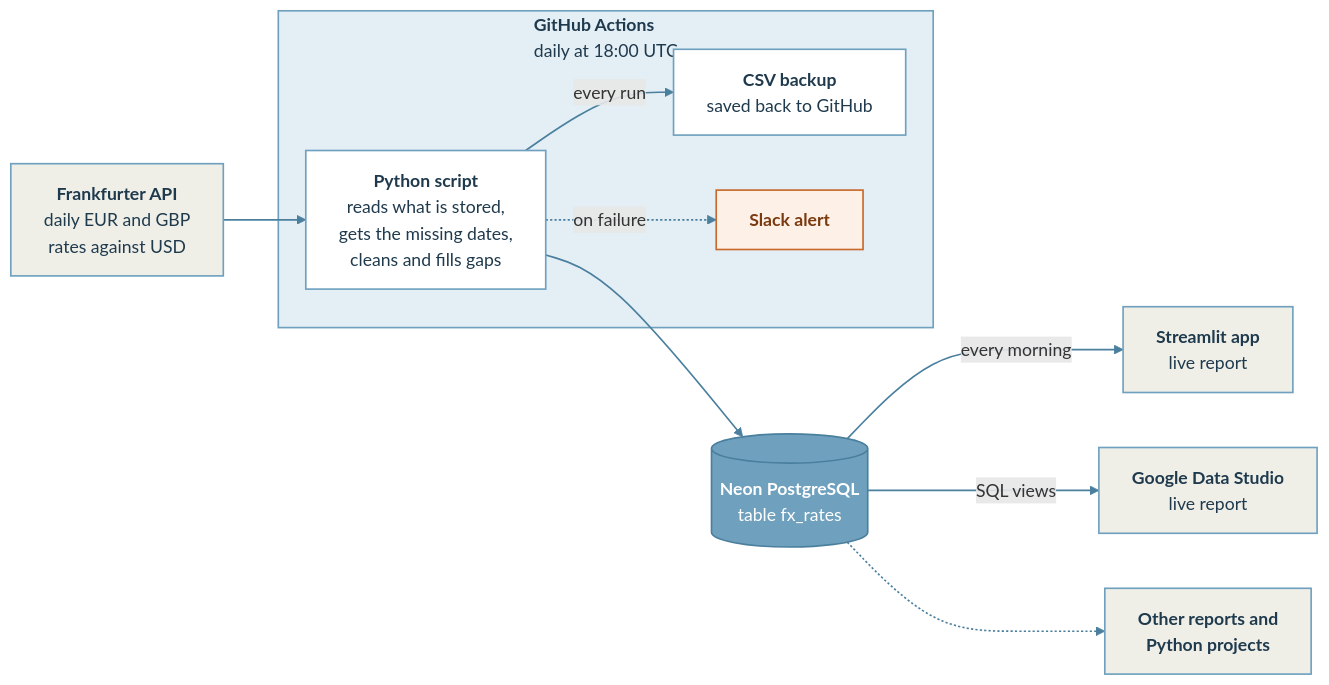
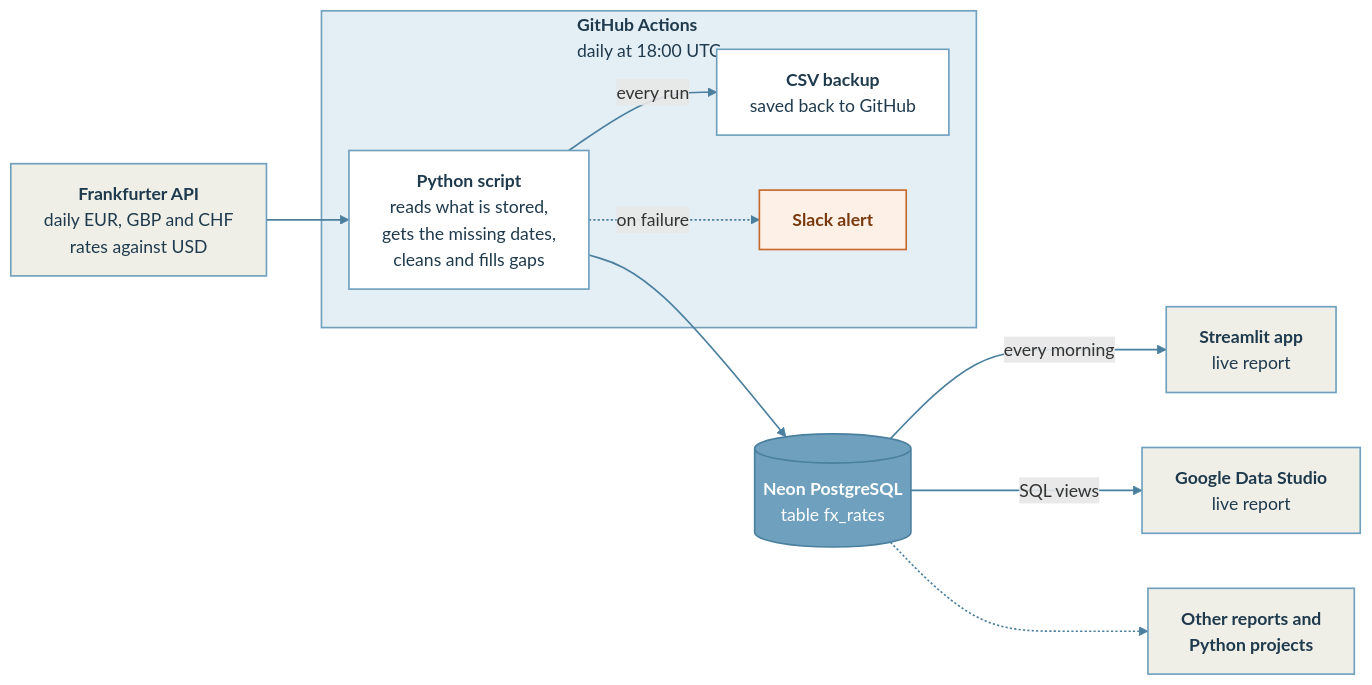
The diagram in daily-fx-rates/report.qmd (sgarciapuga/Work_Portfolio), drawn with Mermaid before and after one commit. The commit also changed other lines of this file and 5 other files, not shown here.

First line of the commit message:
Daily FX Rates: report shows the pairs, up-to-date text

````diff
--- a/daily-fx-rates/report.qmd
+++ b/daily-fx-rates/report.qmd
@@ -44,28 +44,28 @@
 ```{mermaid}
 %%| fig-cap: "End-to-end flow: get rates, clean and fill gaps, save the CSV backup, update the database, refresh the reports."
 %%| fig-alt: "The Frankfurter API feeds a Python script that runs in GitHub Actions every day at 18:00 UTC or by hand. On every run the script saves a CSV backup back to GitHub, and on failure it sends a Slack alert. The script upserts rates into the fx_rates table in Neon PostgreSQL. A Streamlit app reads the table every morning, and Google Data Studio reads it through SQL views. Other reports and Python projects can read the same table."
 flowchart LR
-  API["<b>Frankfurter API</b><br/>daily EUR and GBP<br/>rates against USD"] --> PY
+  API["<b>Frankfurter API</b><br/>daily EUR, GBP and CHF<br/>rates against USD"] --> PY
 
   subgraph GHA["<b>GitHub Actions</b><br/>daily at 18:00 UTC"]
     PY["<b>Python script</b><br/>reads what is stored,<br/>gets the missing dates,<br/>cleans and fills gaps"]
     PY -->|every run| CSV["<b>CSV backup</b><br/>saved back to GitHub"]
     PY -.->|on failure| SLACK["<b>Slack alert</b>"]
   end
 
   PY --> DB[("<b>Neon PostgreSQL</b><br/>table fx_rates")]
   DB -->|every morning| ST["<b>Streamlit app</b><br/>live report"]
   DB -->|SQL views| DS["<b>Google Data Studio</b><br/>live report"]
   DB -.-> OTHER["<b>Other reports and</b><br/><b>Python projects</b>"]
 
   classDef ext fill:#EFEFE8,stroke:#6FA1BF,stroke-width:1.5px,color:#1F3A4D
   classDef job fill:#FFFFFF,stroke:#6FA1BF,stroke-width:1.5px,color:#1F3A4D
   classDef store fill:#6FA1BF,stroke:#4A7F9E,stroke-width:1.5px,color:#FFFFFF
   classDef alert fill:#FDF0E6,stroke:#C8692B,stroke-width:1.5px,color:#7A3A10
   class API,ST,DS,OTHER ext
   class PY,CSV job
   class DB store
   class SLACK alert
   style GHA fill:#E3EEF5,stroke:#6FA1BF,stroke-width:1.5px,color:#1F3A4D
   linkStyle default stroke:#4A7F9E,stroke-width:1.5px
 ```
````
